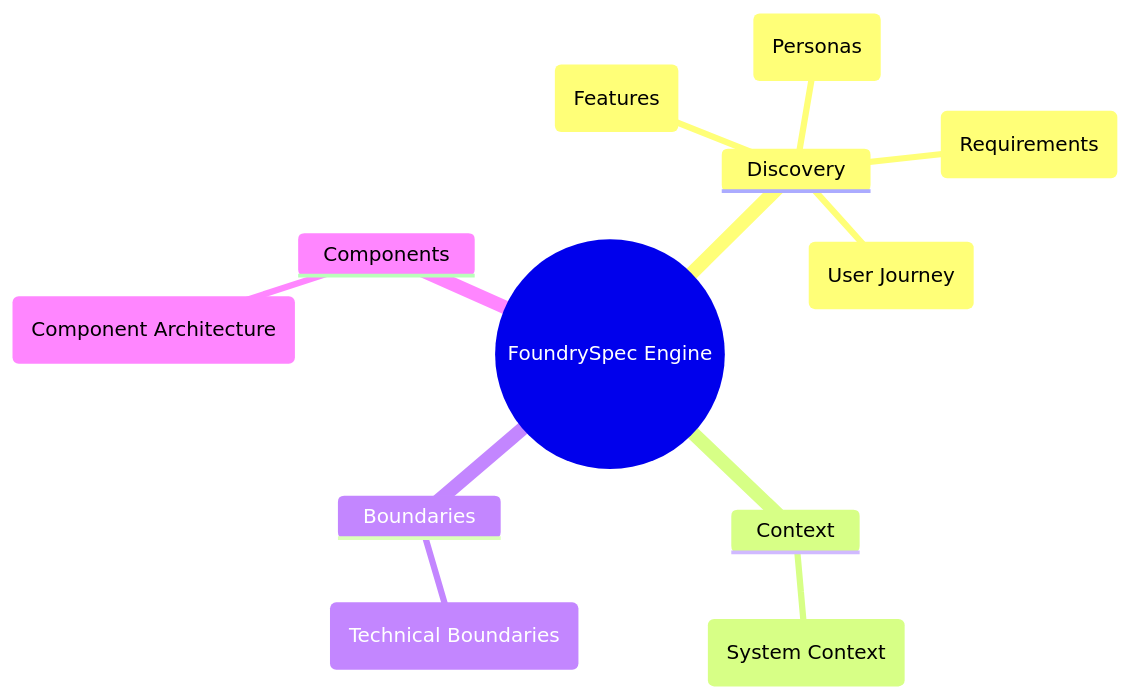
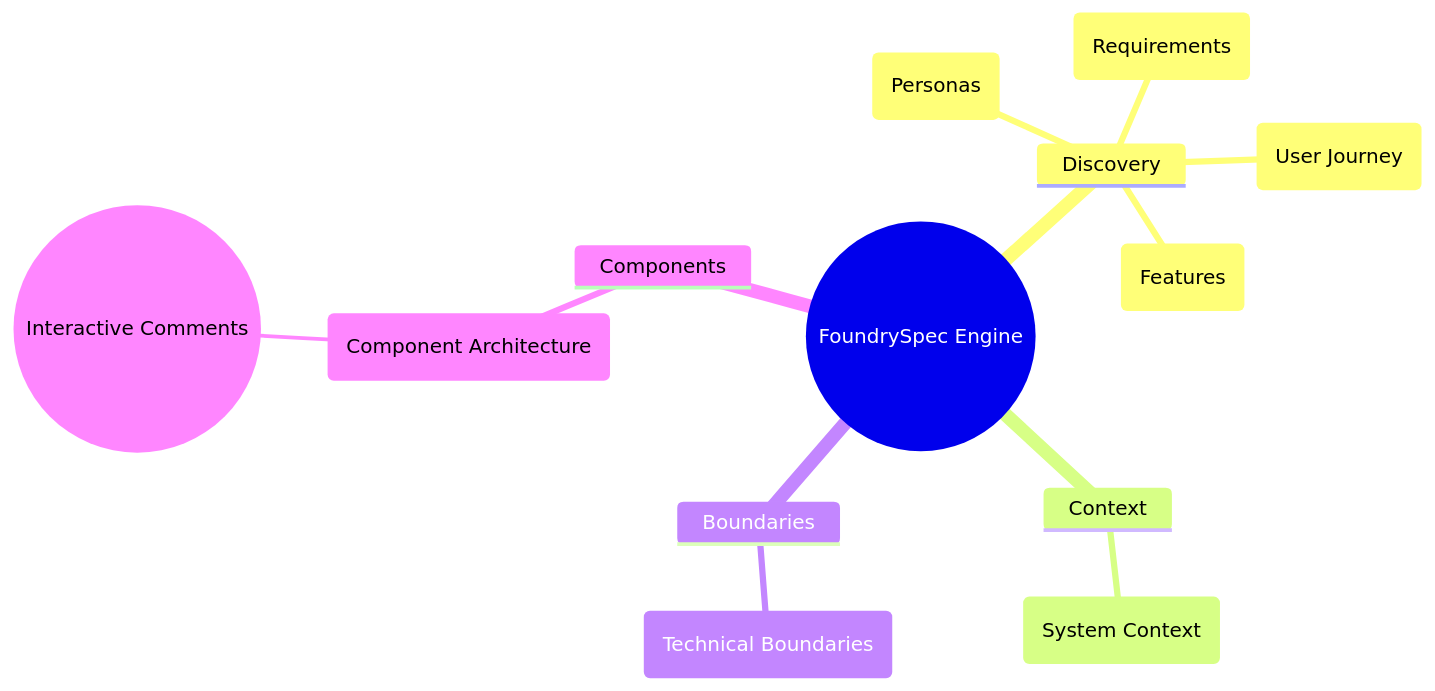
The diagram in foundryspec/root.mermaid (futurefoundai/foundryspec), drawn with Mermaid before and after one commit. The commit also changed 13 other files, not shown here.

Commit message:
feat: Implement Path Integrity, Interactive Comments, and Deterministic Project IDs

```diff
--- a/foundryspec/root.mermaid
+++ b/foundryspec/root.mermaid
@@ -1,27 +1,28 @@
 ---
 id: "ROOT"
 title: FoundrySpec Engine
 description: The entry point for the documentation graph.
 downlinks:
   - "PER_Group"
   - "REQ_Group"
   - "CTX_Group"
   - "BND_Group"
   - "COMP_Overview"
   - "FEAT_Group"
   - "JOUR_Flow"
 ---
 
 mindmap
   ROOT((FoundrySpec Engine))
     Discovery
       PER_Group(Personas)
       REQ_Group(Requirements)
       FEAT_Group(Features)
       JOUR_Flow(User Journey)
     Context
       CTX_Group(System Context)
     Boundaries
       BND_Group(Technical Boundaries)
     Components
       COMP_Overview(Component Architecture)
+        COMP_InteractiveComments((Interactive Comments))
```
